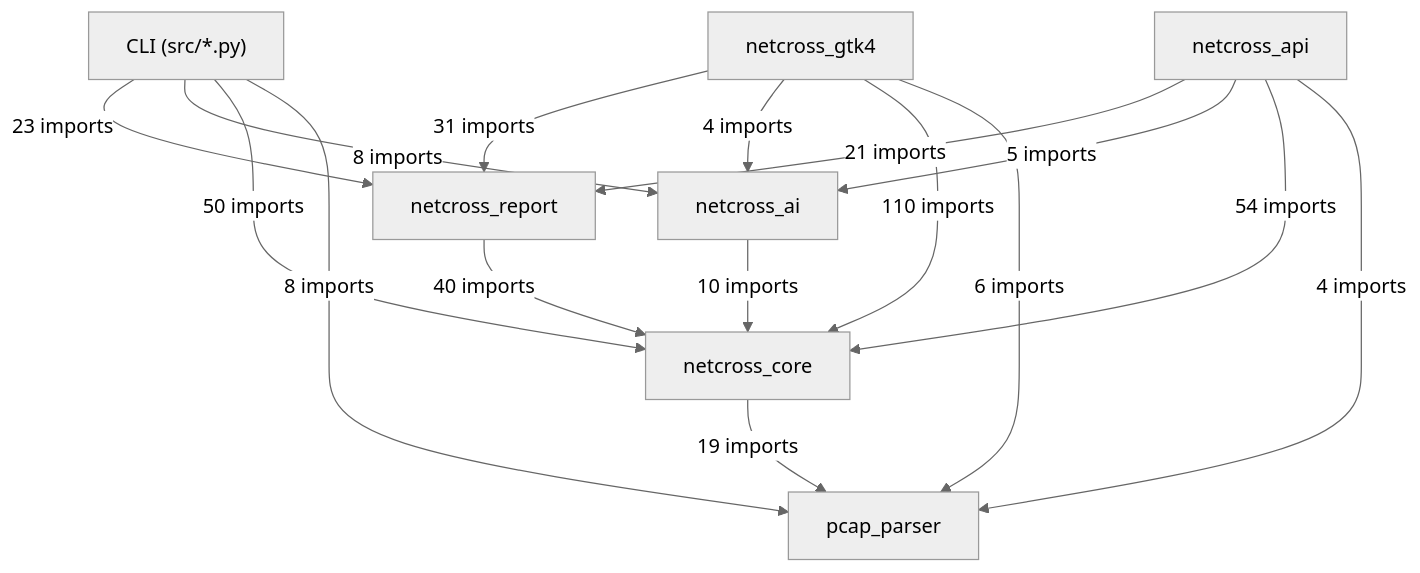
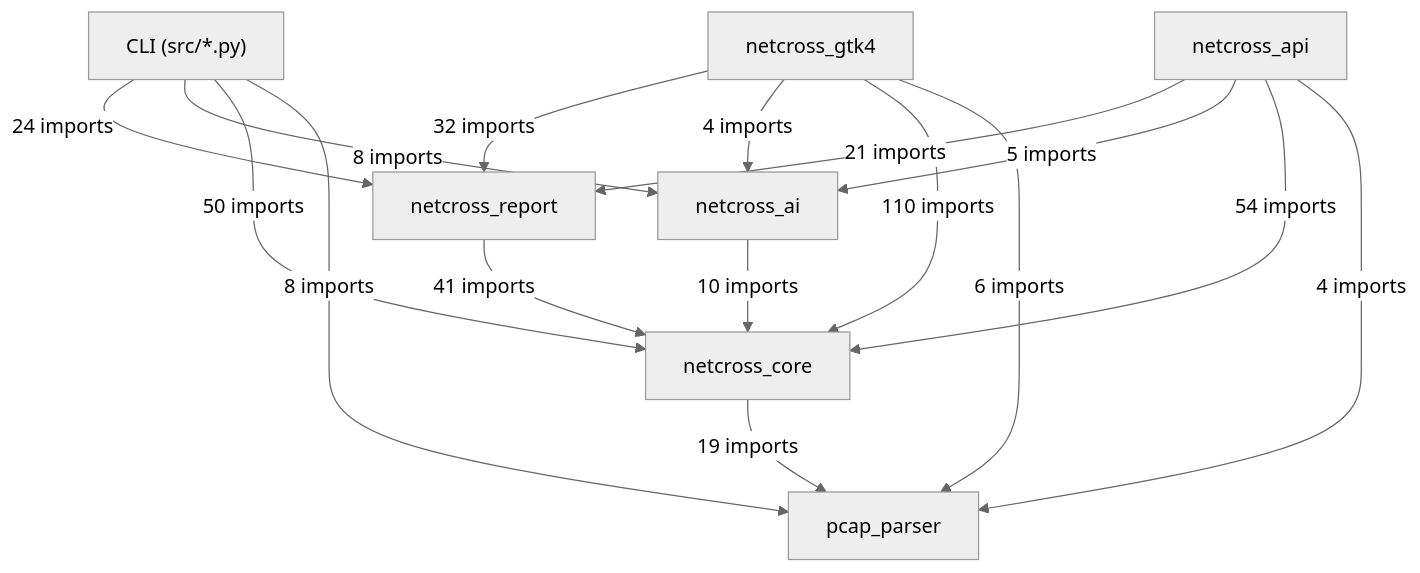
Before and after one commit to Mathide-Team/Netcross: the first of 20 diagrams in docs/class-diagram.md, drawn with Mermaid (neutral theme). The commit also changed other lines of this file and 17 other files, not shown here.

````diff
--- a/docs/class-diagram.md
+++ b/docs/class-diagram.md
@@ -26,25 +26,25 @@
 ```mermaid
 flowchart TD
     CLI["CLI (src/*.py)"]
     netcross_gtk4["netcross_gtk4"]
     netcross_api["netcross_api"]
     netcross_report["netcross_report"]
     netcross_ai["netcross_ai"]
     netcross_core["netcross_core"]
     pcap_parser["pcap_parser"]
-    CLI -->|"23 imports"| netcross_report
+    CLI -->|"24 imports"| netcross_report
     CLI -->|"8 imports"| netcross_ai
     CLI -->|"50 imports"| netcross_core
     CLI -->|"8 imports"| pcap_parser
-    netcross_gtk4 -->|"31 imports"| netcross_report
+    netcross_gtk4 -->|"32 imports"| netcross_report
     netcross_gtk4 -->|"4 imports"| netcross_ai
     netcross_gtk4 -->|"110 imports"| netcross_core
     netcross_gtk4 -->|"6 imports"| pcap_parser
     netcross_api -->|"21 imports"| netcross_report
     netcross_api -->|"5 imports"| netcross_ai
     netcross_api -->|"54 imports"| netcross_core
     netcross_api -->|"4 imports"| pcap_parser
-    netcross_report -->|"40 imports"| netcross_core
+    netcross_report -->|"41 imports"| netcross_core
     netcross_ai -->|"10 imports"| netcross_core
     netcross_core -->|"19 imports"| pcap_parser
 ```
````
